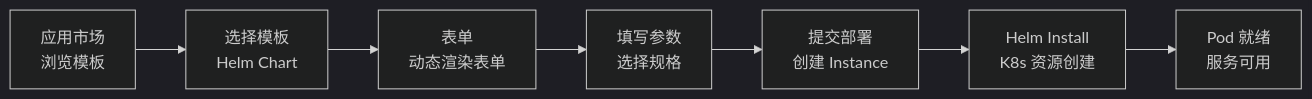
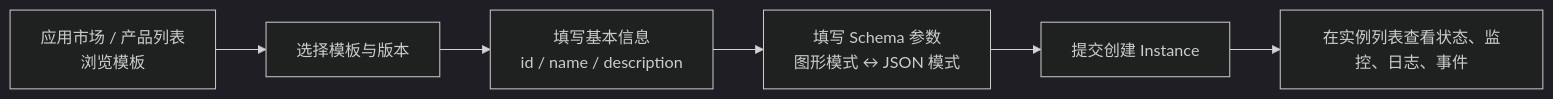
Before and after one commit to poxiaoyun/docs: the second of 2 diagrams in src/pages/docs/cn/10.rune/03.console/index.md, drawn with Mermaid (dark theme). The commit also changed other lines of this file and 463 other files, not shown here.

````diff
--- a/src/pages/docs/cn/10.rune/03.console/index.md
+++ b/src/pages/docs/cn/10.rune/03.console/index.md
@@ -144,9 +80,8 @@
 ```mermaid
 flowchart LR
- A["应用市场<br/>浏览模板"] --> B["选择模板<br/>Helm Chart"]
- B --> C["表单<br/>动态渲染表单"]
- C --> D["填写参数<br/>选择规格"]
- D --> E["提交部署<br/>创建 Instance"]
- E --> F["Helm Install<br/>K8s 资源创建"]
- F --> G["Pod 就绪<br/>服务可用"]
+ A["应用市场 / 产品列表<br/>浏览模板"] --> B["选择模板与版本"]
+ B --> C["填写基本信息<br/>id / name / description"]
+ C --> D["填写 Schema 参数<br/>图形模式 ↔ JSON 模式"]
+ D --> E["提交创建 Instance"]
+ E --> F["在实例列表查看状态、监控、日志、事件"]
 ```
````
